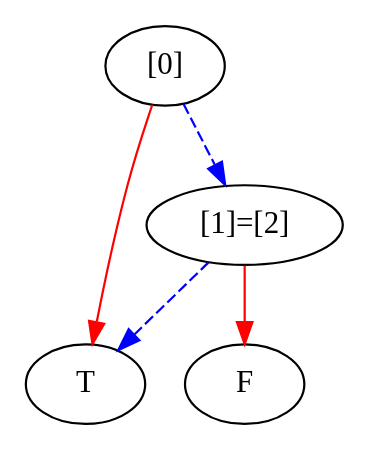
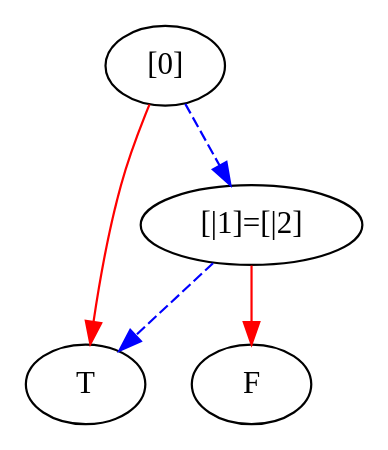
The diagram in boxedBDD1.dot (mburyakov/minxmod), drawn with Graphviz before and after one commit. The commit also changed 16 other files, not shown here.

```diff
--- a/boxedBDD1.dot
+++ b/boxedBDD1.dot
@@ -1,12 +1,12 @@
 digraph {
     1 [label=T];
     2 [label=F];
-    3 [label="[1]=[2]"];
+    3 [label="[|1]=[|2]"];
     4 [label="[0]"];
     3 -> 1 [style=dashed
            ,color=blue];
     3 -> 2 [color=red];
     4 -> 3 [style=dashed
            ,color=blue];
     4 -> 1 [color=red];
 }
```
